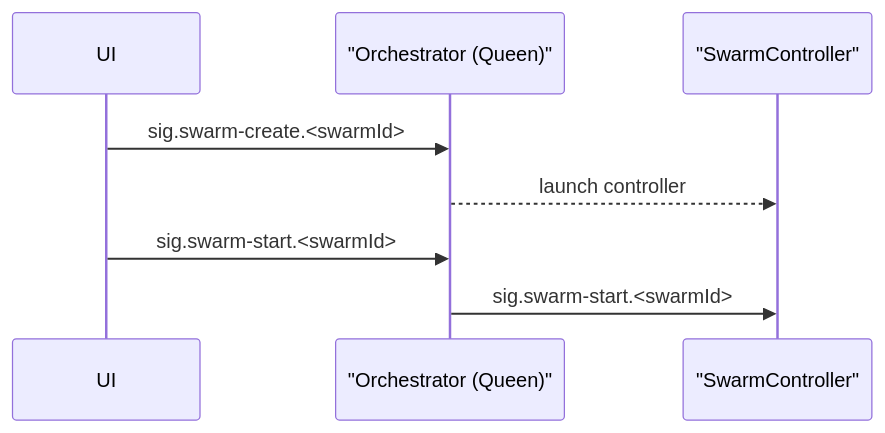
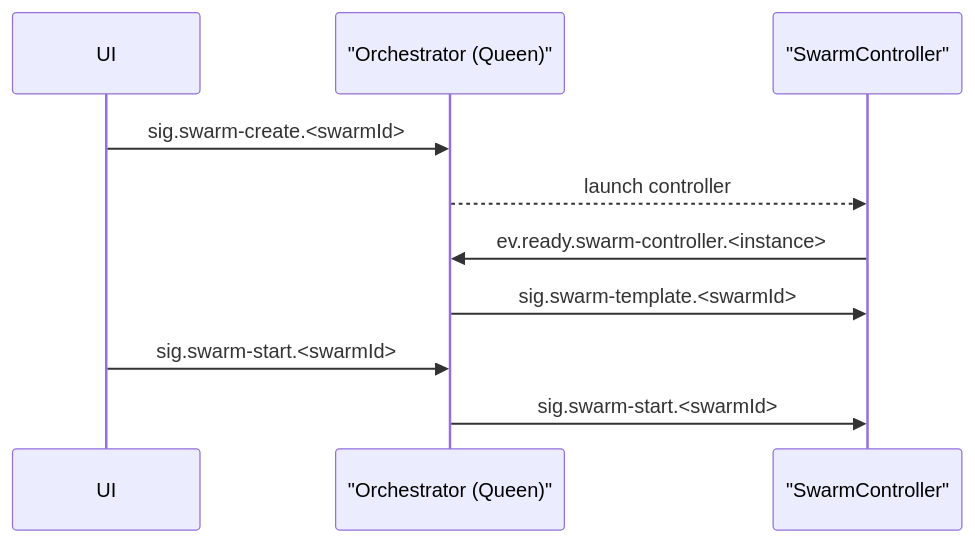
Before and after one commit to sepa79/PocketHive: the diagram in SWARM_CONTROLLER_PLAN.md, drawn with Mermaid. The commit also changed other lines of this file and 16 other files, not shown here.

````diff
--- a/SWARM_CONTROLLER_PLAN.md
+++ b/SWARM_CONTROLLER_PLAN.md
@@ -22,10 +22,12 @@
 ```mermaid
 sequenceDiagram
   participant UI
   participant QN as "Orchestrator (Queen)"
   participant SC as "SwarmController"
   UI->>QN: sig.swarm-create.<swarmId>
   QN-->>SC: launch controller
+  SC->>QN: ev.ready.swarm-controller.<instance>
+  QN->>SC: sig.swarm-template.<swarmId>
   UI->>QN: sig.swarm-start.<swarmId>
   QN->>SC: sig.swarm-start.<swarmId>
 ```
````
